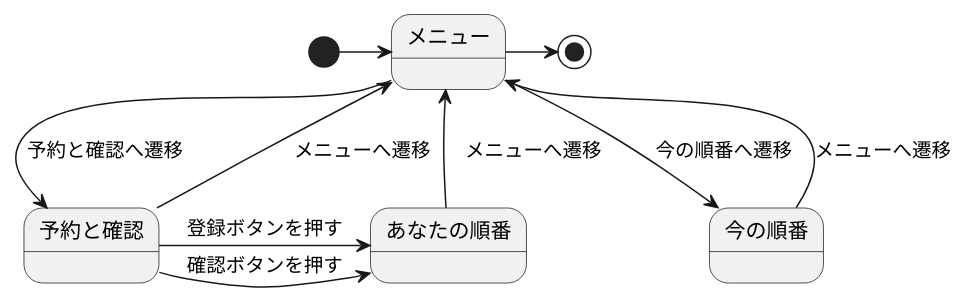
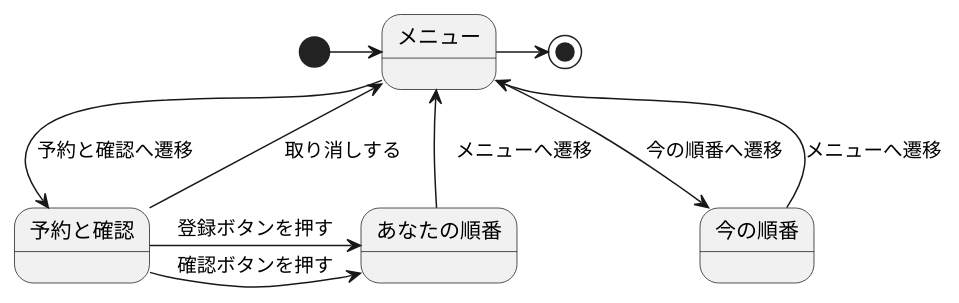
One commit to ponkotu1/uml-introduction changed the diagram in 演習6-3_ステートマシン図_診察予約システム.pu. Above: the diagram before and after it, drawn with PlantUML. The commit also changed 1 other file, not shown here.

```diff
--- a/演習6-3_ステートマシン図_診察予約システム.pu
+++ b/演習6-3_ステートマシン図_診察予約システム.pu
@@ -1,20 +1,20 @@
 @startuml 診察予約
 ' left to right direction
 [*] --right-->メニュー
 state メニュー{
 }
 state 予約と確認{
 }
 state あなたの順番{
 }
 state 今の順番{
 }
 メニュー -down-> 予約と確認 : 予約と確認へ遷移
-予約と確認 -up-> メニュー : メニューへ遷移
+予約と確認 -up-> メニュー : 取り消しする
 予約と確認 -right-> あなたの順番 : 登録ボタンを押す
 予約と確認 -right-> あなたの順番 : 確認ボタンを押す
 あなたの順番 -up-> メニュー :　メニューへ遷移
 メニュー -down-> 今の順番 : 今の順番へ遷移
 今の順番 -up-> メニュー : メニューへ遷移
 メニュー --right--> [*]
 @enduml
```
